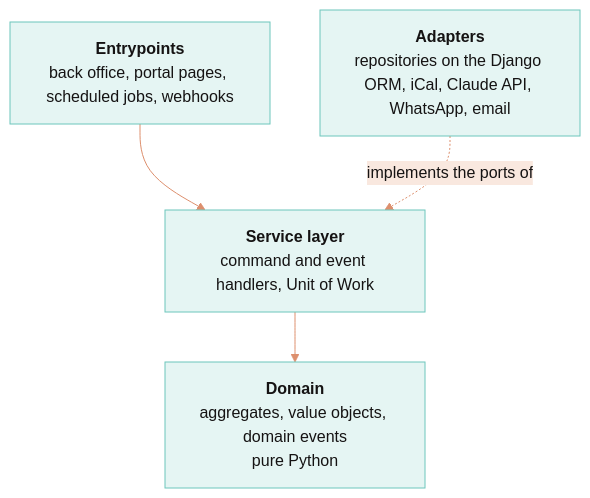
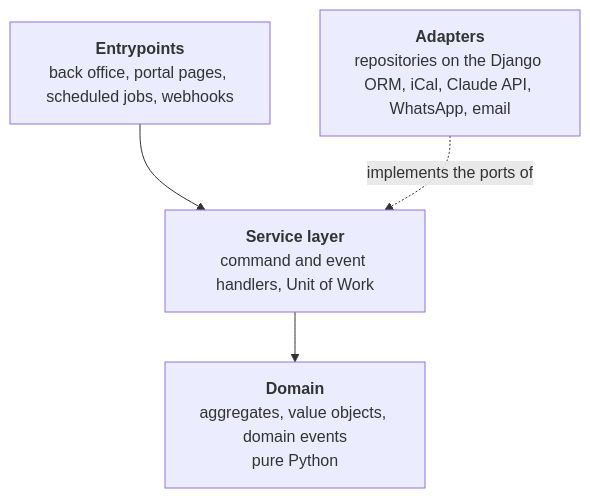
The second of 2 diagrams in README.md (pikionis/ourbnb-platform), drawn with Mermaid before and after one commit. The commit also changed other lines of this file, not shown here.

Commit message:
README: diagrams in GitHub's own colours
GitHub does not render the mermaid diagrams with an %%{init}%% theme line
("Unable to render rich display"), so the line goes and the diagrams use
GitHub's theme, which also follows dark mode.

````diff
--- a/README.md
+++ b/README.md
@@ -133,10 +132,9 @@
 ```mermaid
-%%{init: {'theme': 'base', 'themeVariables': {'primaryColor': '#E5F5F3', 'primaryTextColor': '#151313', 'primaryBorderColor': '#6CC6BC', 'lineColor': '#DD8F6D', 'edgeLabelBackground': '#F9E8DF', 'fontFamily': 'Geologica, Segoe UI, sans-serif'}}}%%
 flowchart TB
     E["<b>Entrypoints</b><br/>back office, portal pages, scheduled jobs, webhooks"]
     S["<b>Service layer</b><br/>command and event handlers, Unit of Work"]
     D["<b>Domain</b><br/>aggregates, value objects, domain events<br/>pure Python"]
     A["<b>Adapters</b><br/>repositories on the Django ORM, iCal, Claude API, WhatsApp, email"]
     E --> S --> D
     A -. "implements the ports of" .-> S
 ```
````
